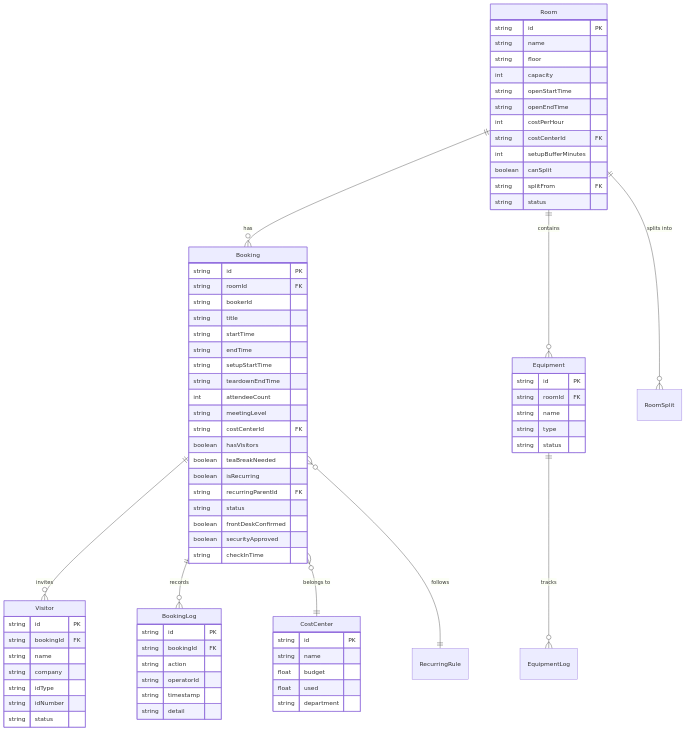
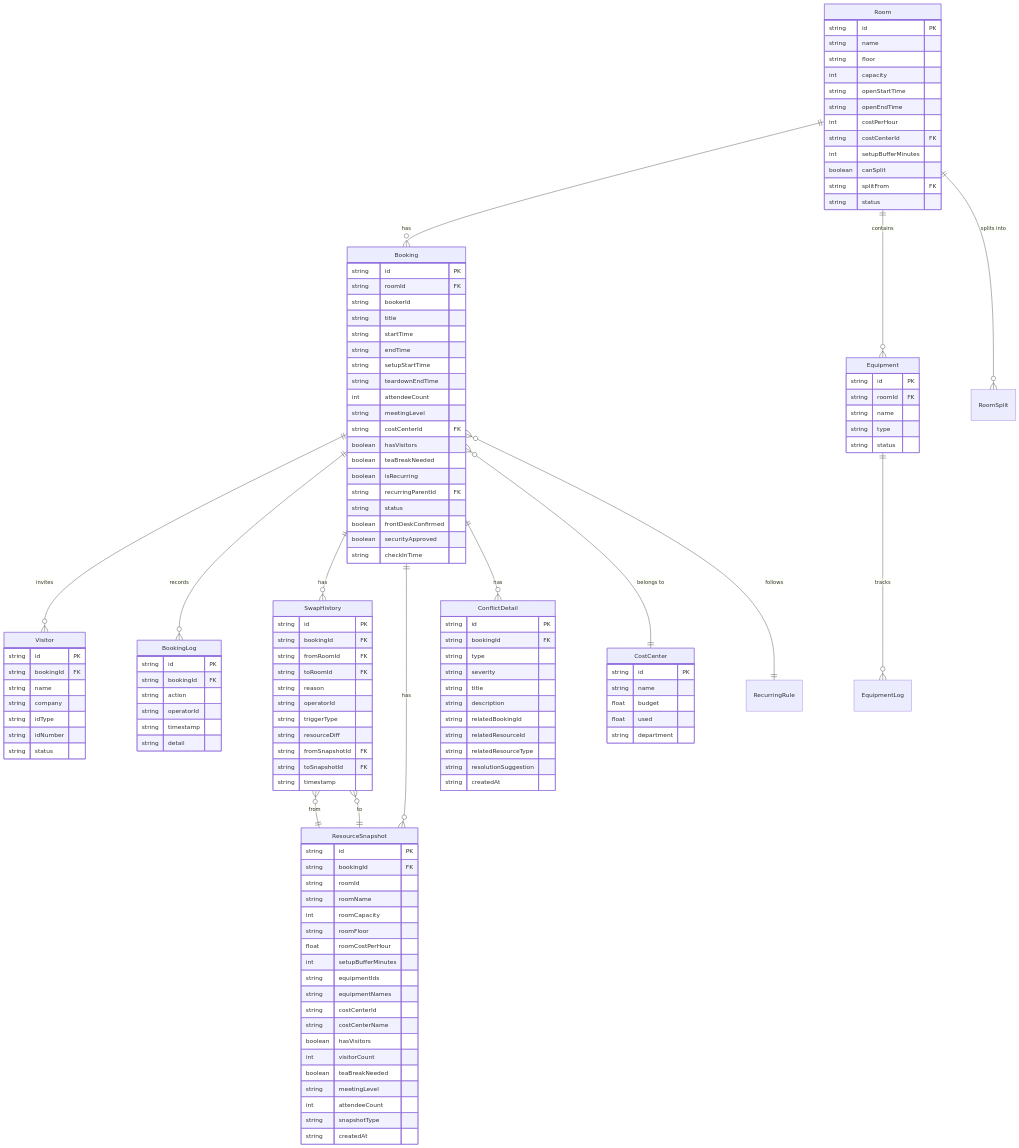
The third of 3 diagrams in .trae/documents/tech-architecture.md (wangSiraaa/wangxt-982-1), drawn with Mermaid before and after one commit. The commit also changed other lines of this file and 7 other files, not shown here.

````diff
--- a/.trae/documents/tech-architecture.md
+++ b/.trae/documents/tech-architecture.md
@@ -220,9 +307,14 @@
     Room ||--o{ RoomSplit : "splits into"
     Booking ||--o{ Visitor : "invites"
     Booking ||--o{ BookingLog : "records"
+    Booking ||--o{ SwapHistory : "has"
+    Booking ||--o{ ResourceSnapshot : "has"
+    Booking ||--o{ ConflictDetail : "has"
     Booking }o--|| CostCenter : "belongs to"
     Booking }o--|| RecurringRule : "follows"
     Equipment ||--o{ EquipmentLog : "tracks"
+    SwapHistory }o--|| ResourceSnapshot : "from"
+    SwapHistory }o--|| ResourceSnapshot : "to"
 
     Room {
         string id PK
@@ -295,4 +387,54 @@
         string timestamp
         string detail
     }
+
+    SwapHistory {
+        string id PK
+        string bookingId FK
+        string fromRoomId FK
+        string toRoomId FK
+        string reason
+        string operatorId
+        string triggerType
+        string resourceDiff
+        string fromSnapshotId FK
+        string toSnapshotId FK
+        string timestamp
+    }
+
+    ResourceSnapshot {
+        string id PK
+        string bookingId FK
+        string roomId
+        string roomName
+        int roomCapacity
+        string roomFloor
+        float roomCostPerHour
+        int setupBufferMinutes
+        string equipmentIds
+        string equipmentNames
+        string costCenterId
+        string costCenterName
+        boolean hasVisitors
+        int visitorCount
+        boolean teaBreakNeeded
+        string meetingLevel
+        int attendeeCount
+        string snapshotType
+        string createdAt
+    }
+
+    ConflictDetail {
+        string id PK
+        string bookingId FK
+        string type
+        string severity
+        string title
+        string description
+        string relatedBookingId
+        string relatedResourceId
+        string relatedResourceType
+        string resolutionSuggestion
+        string createdAt
+    }
 ```
````
